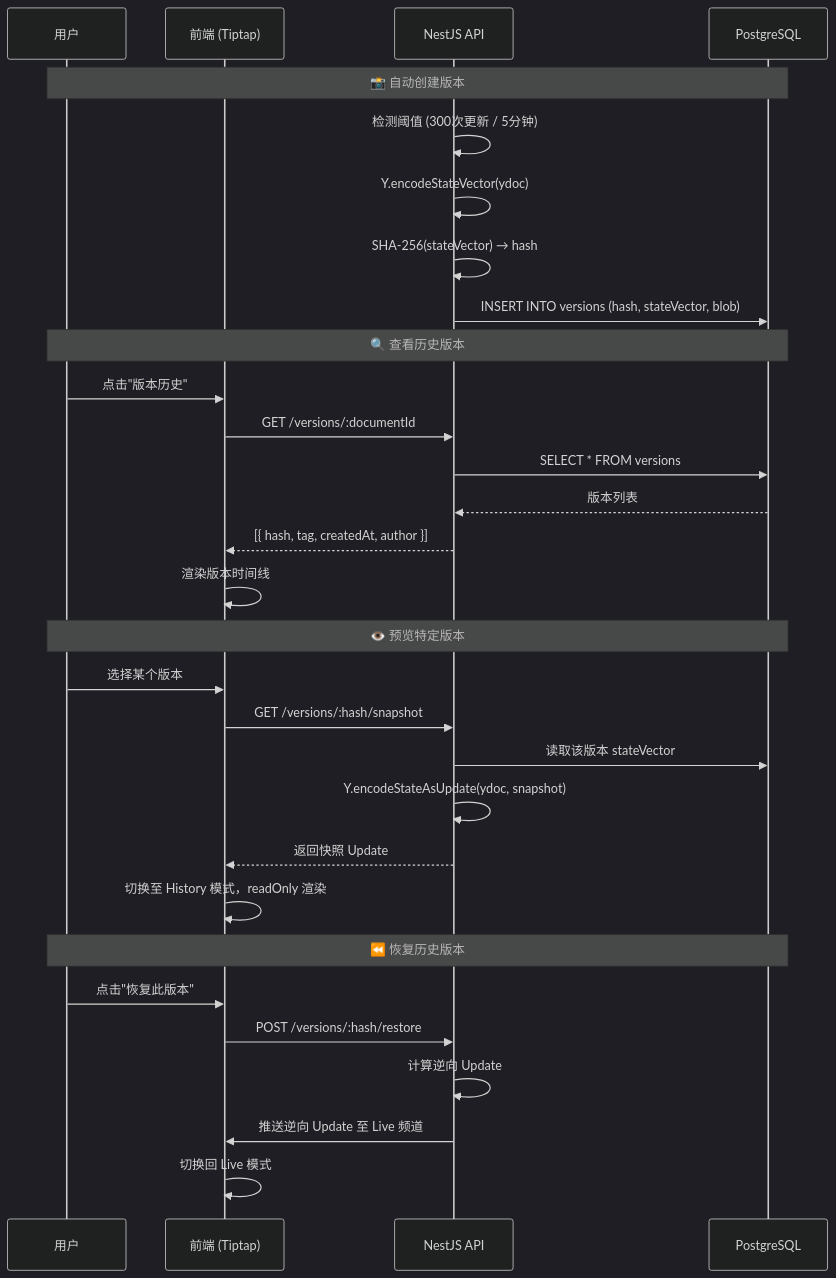
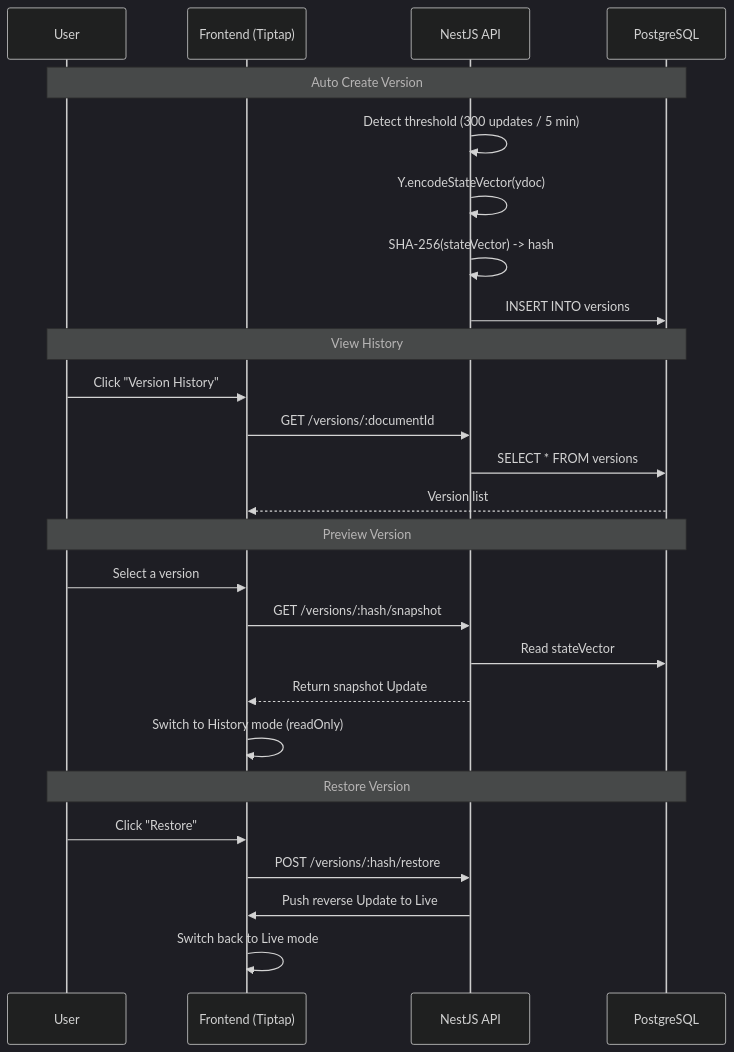
The seventh of 12 diagrams in README.md (monazite1s/SyncDoc), drawn with Mermaid (dark theme) before and after one commit. The commit also changed other lines of this file and 112 other files, not shown here.

````diff
--- a/README.md
+++ b/README.md
@@ -296,36 +478,32 @@
 ```mermaid
 sequenceDiagram
-    participant U as 用户
-    participant FE as 前端 (Tiptap)
+    participant U as User
+    participant FE as Frontend (Tiptap)
     participant API as NestJS API
     participant DB as PostgreSQL
 
-    Note over U,DB: 📸 自动创建版本
-    API->>API: 检测阈值 (300次更新 / 5分钟)
+    Note over U,DB: Auto Create Version
+    API->>API: Detect threshold (300 updates / 5 min)
     API->>API: Y.encodeStateVector(ydoc)
-    API->>API: SHA-256(stateVector) → hash
-    API->>DB: INSERT INTO versions (hash, stateVector, blob)
+    API->>API: SHA-256(stateVector) -> hash
+    API->>DB: INSERT INTO versions
 
-    Note over U,DB: 🔍 查看历史版本
-    U->>FE: 点击"版本历史"
+    Note over U,DB: View History
+    U->>FE: Click "Version History"
     FE->>API: GET /versions/:documentId
     API->>DB: SELECT * FROM versions
-    DB-->>API: 版本列表
-    API-->>FE: [{ hash, tag, createdAt, author }]
-    FE->>FE: 渲染版本时间线
+    DB-->>FE: Version list
 
-    Note over U,DB: 👁️ 预览特定版本
-    U->>FE: 选择某个版本
+    Note over U,DB: Preview Version
+    U->>FE: Select a version
     FE->>API: GET /versions/:hash/snapshot
-    API->>DB: 读取该版本 stateVector
-    API->>API: Y.encodeStateAsUpdate(ydoc, snapshot)
-    API-->>FE: 返回快照 Update
-    FE->>FE: 切换至 History 模式，readOnly 渲染
+    API->>DB: Read stateVector
+    API-->>FE: Return snapshot Update
+    FE->>FE: Switch to History mode (readOnly)
 
-    Note over U,DB: ⏪ 恢复历史版本
-    U->>FE: 点击"恢复此版本"
+    Note over U,DB: Restore Version
+    U->>FE: Click "Restore"
     FE->>API: POST /versions/:hash/restore
-    API->>API: 计算逆向 Update
-    API->>FE: 推送逆向 Update 至 Live 频道
-    FE->>FE: 切换回 Live 模式
+    API->>FE: Push reverse Update to Live
+    FE->>FE: Switch back to Live mode
 ```
````
